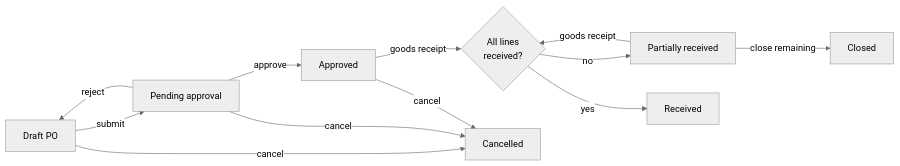
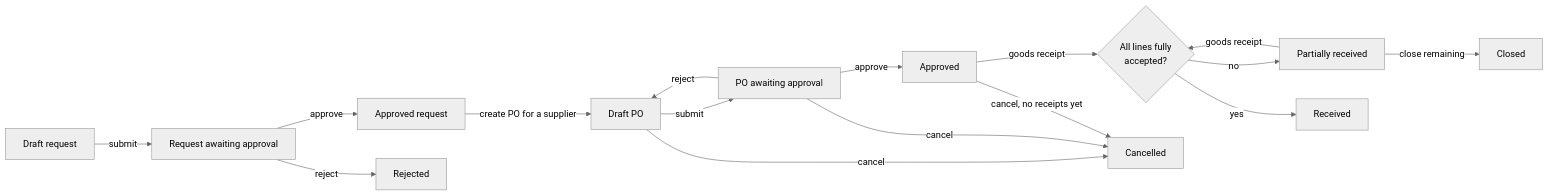
The first of 10 diagrams in docs/ARCHITECTURE.md (Jerolin911/StockFlow), drawn with Mermaid (neutral theme) before and after one commit. The commit also changed other lines of this file and 44 other files, not shown here.

First line of the commit message:
Phase 3: procurement from purchase request to goods receipt

````diff
--- a/docs/ARCHITECTURE.md
+++ b/docs/ARCHITECTURE.md
@@ -68,14 +68,18 @@
 ```mermaid
 flowchart LR
-    A[Draft PO] -->|submit| B[Pending approval]
+    R1[Draft request] -->|submit| R2[Request awaiting approval]
+    R2 -->|approve| R3[Approved request]
+    R2 -->|reject| RX[Rejected]
+    R3 -->|create PO for a supplier| A
+    A[Draft PO] -->|submit| B[PO awaiting approval]
     B -->|approve| C[Approved]
     B -->|reject| A
-    C -->|goods receipt| D{All lines<br/>received?}
+    C -->|goods receipt| D{All lines fully<br/>accepted?}
     D -->|no| E[Partially received]
     E -->|goods receipt| D
     D -->|yes| F[Received]
     E -->|close remaining| G[Closed]
     A -->|cancel| X[Cancelled]
     B -->|cancel| X
-    C -->|cancel| X
+    C -->|cancel, no receipts yet| X
 ```
````
